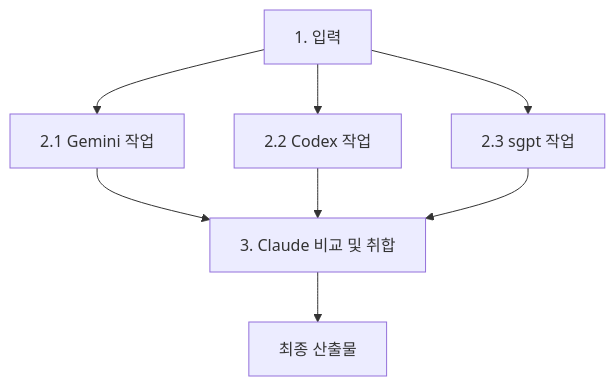
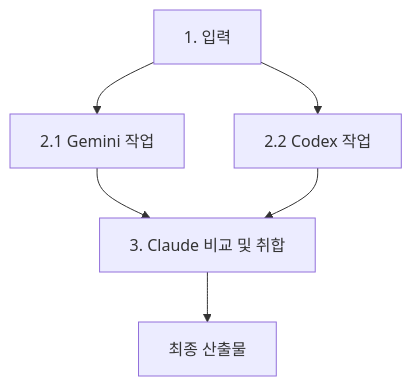
One commit to deuxksy/dotfiles changed the diagram in base/.claude/rules/05-multi-agent.md. Above: the diagram before and after it, drawn with Mermaid. The commit also changed other lines of this file and 8 other files, not shown here.

````diff
--- a/base/.claude/rules/05-multi-agent.md
+++ b/base/.claude/rules/05-multi-agent.md
@@ -87,10 +87,8 @@
 ```mermaid
 graph TD
     A[1. 입력] --> B[2.1 Gemini 작업]
     A --> C[2.2 Codex 작업]
-    A --> D[2.3 sgpt 작업]
     B --> E[3. Claude 비교 및 취합]
     C --> E
-    D --> E
     E --> F[최종 산출물]
 ```
````
